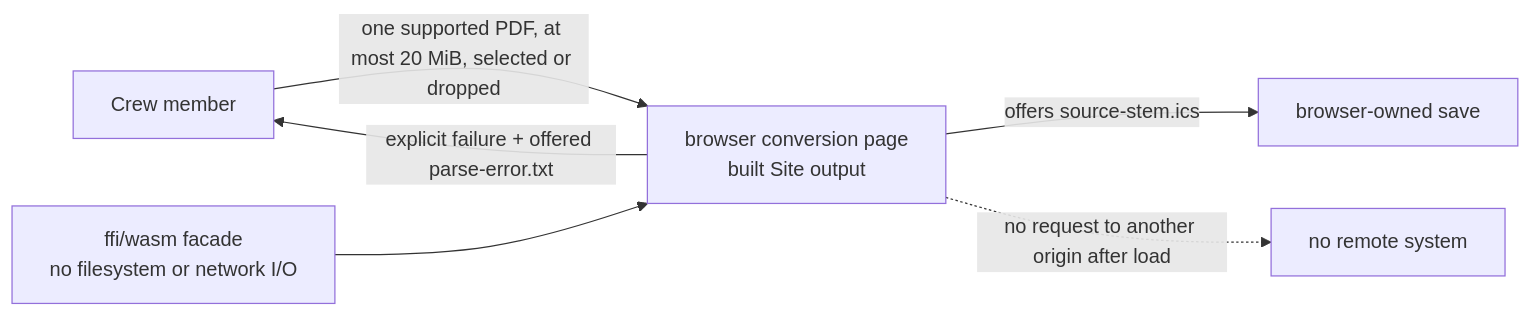
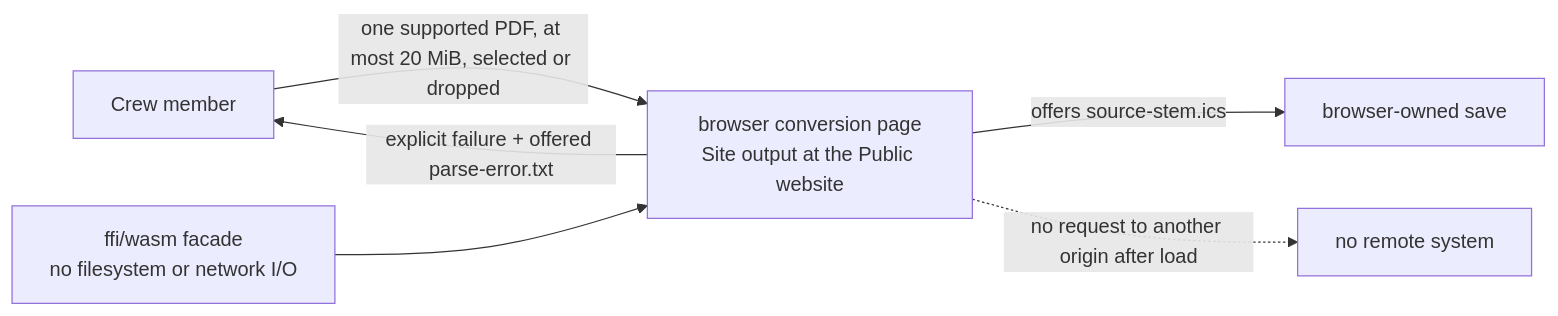
One commit to duty2cal/duty2cal changed the second of 7 diagrams in docs/arc42/03-context-and-scope.md. Above: the diagram before and after it, drawn with Mermaid. The commit also changed other lines of this file and 34 other files, not shown here.

First line of the commit message:
chore(publish-public-website): prepare the site publication steps

````diff
--- a/docs/arc42/03-context-and-scope.md
+++ b/docs/arc42/03-context-and-scope.md
@@ -28,8 +29,8 @@
 ```mermaid
 flowchart LR
-  crew["Crew member"] -->|"one supported PDF, at most 20 MiB, selected or dropped"| page["browser conversion page<br/>built Site output"]
+  crew["Crew member"] -->|"one supported PDF, at most 20 MiB, selected or dropped"| page["browser conversion page<br/>Site output at the Public website"]
   page -->|"offers source-stem.ics"| browser["browser-owned save"]
   page -->|"explicit failure + offered parse-error.txt"| crew
   wasm["ffi/wasm facade<br/>no filesystem or network I/O"] --> page
   page -.->|"no request to another origin after load"| none["no remote system"]
 ```
````
